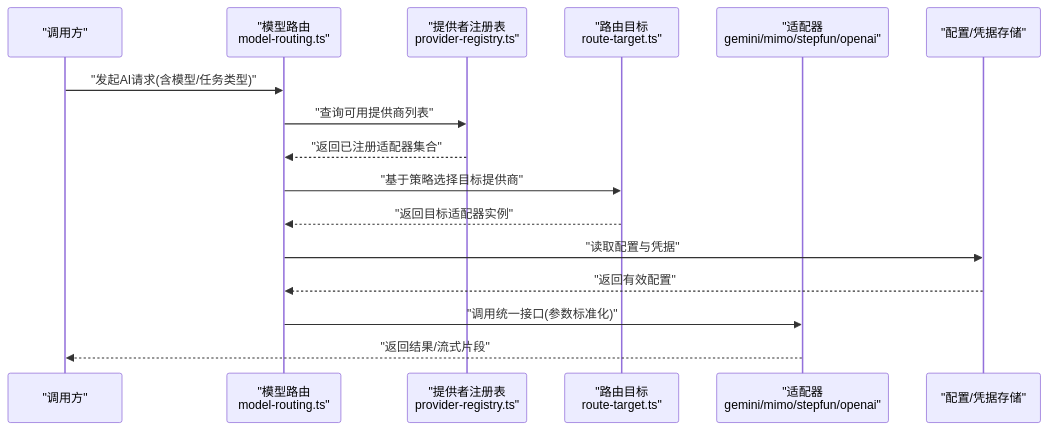
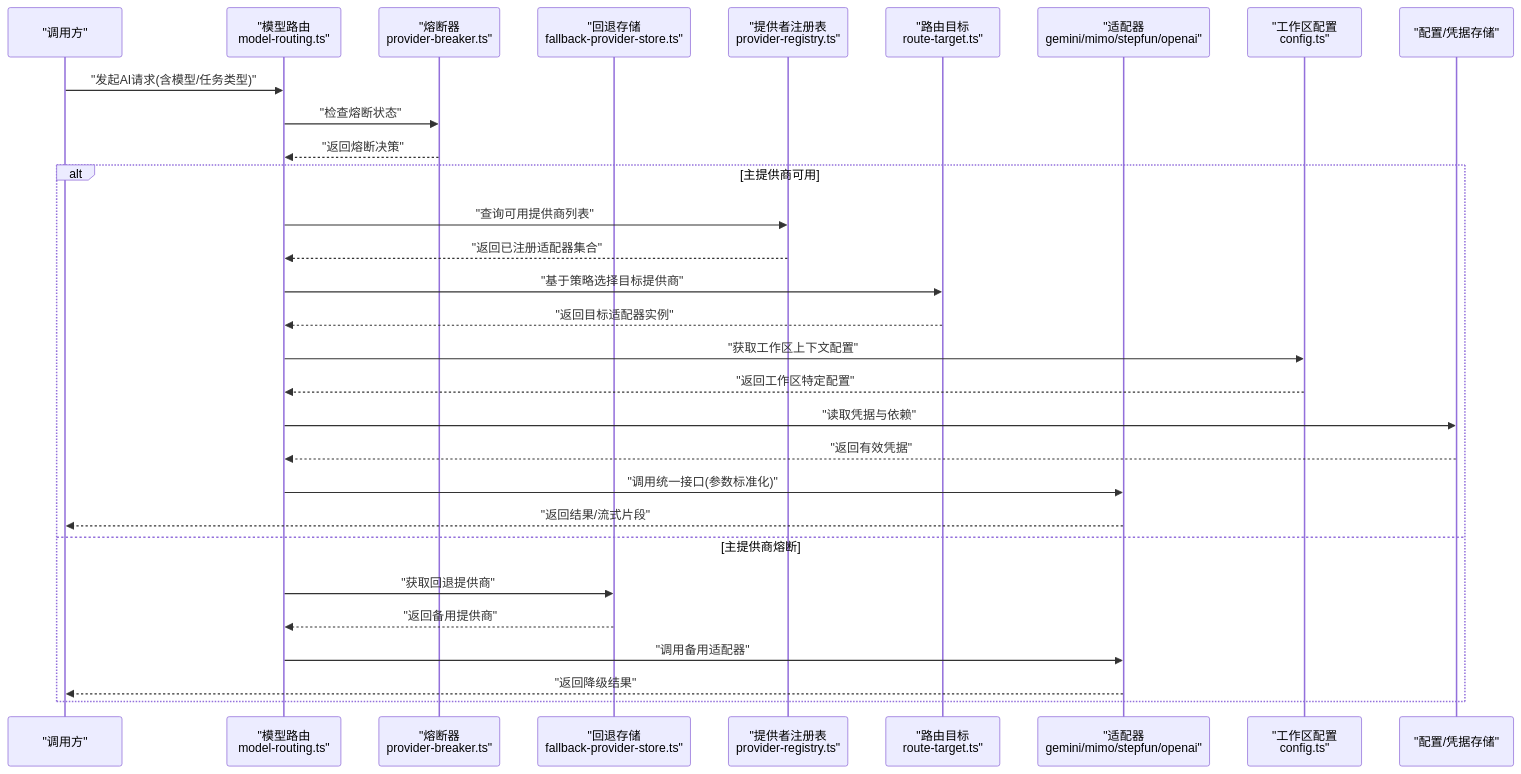
The second of 4 diagrams in .qoder/repowiki/zh/content/AI系统集成/AI系统集成.md (scottcwy/PurpleInk), drawn with Mermaid before and after one commit. The commit also changed other lines of this file and 109 other files, not shown here.

````diff
--- a/.qoder/repowiki/zh/content/AI系统集成/AI系统集成.md
+++ b/.qoder/repowiki/zh/content/AI系统集成/AI系统集成.md
@@ -124,18 +157,32 @@
 ```mermaid
 sequenceDiagram
 participant Caller as "调用方"
 participant Router as "模型路由<br/>model-routing.ts"
+participant Breaker as "熔断器<br/>provider-breaker.ts"
+participant Fallback as "回退存储<br/>fallback-provider-store.ts"
 participant Registry as "提供者注册表<br/>provider-registry.ts"
 participant Target as "路由目标<br/>route-target.ts"
 participant Adapter as "适配器<br/>gemini/mimo/stepfun/openai"
+participant Config as "工作区配置<br/>config.ts"
 participant Store as "配置/凭据存储"
 Caller->>Router : "发起AI请求(含模型/任务类型)"
+Router->>Breaker : "检查熔断状态"
+Breaker-->>Router : "返回熔断决策"
+alt 主提供商可用
 Router->>Registry : "查询可用提供商列表"
 Registry-->>Router : "返回已注册适配器集合"
 Router->>Target : "基于策略选择目标提供商"
 Target-->>Router : "返回目标适配器实例"
-Router->>Store : "读取配置与凭据"
-Store-->>Router : "返回有效配置"
+Router->>Config : "获取工作区上下文配置"
+Config-->>Router : "返回工作区特定配置"
+Router->>Store : "读取凭据与依赖"
+Store-->>Router : "返回有效凭据"
 Router->>Adapter : "调用统一接口(参数标准化)"
 Adapter-->>Caller : "返回结果/流式片段"
+else 主提供商熔断
+Router->>Fallback : "获取回退提供商"
+Fallback-->>Router : "返回备用提供商"
+Router->>Adapter : "调用备用适配器"
+Adapter-->>Caller : "返回降级结果"
+end
 ```
````
